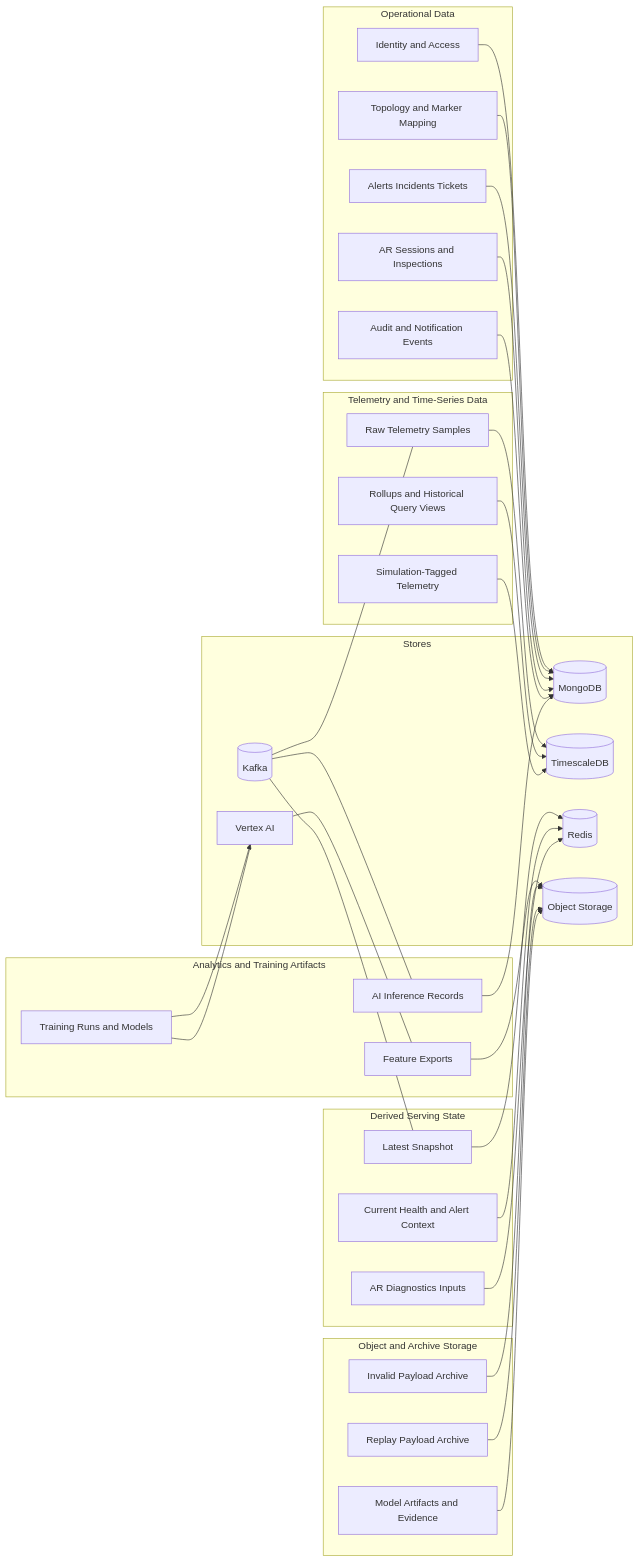
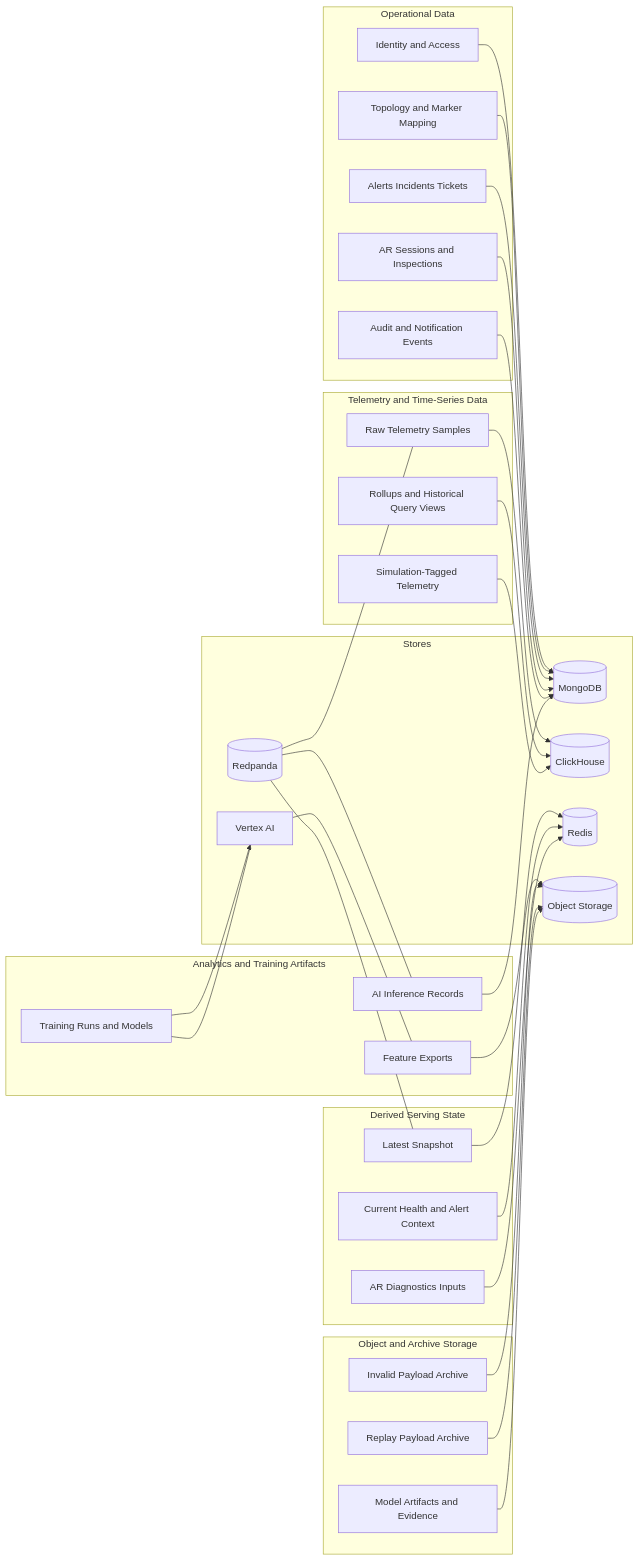
Before and after one commit to iSenity1812/AR-based-Infrastructure-Monitoring-and-Maintenance-System: the diagram in docs/data_architecture.md, drawn with Mermaid. The commit also changed other lines of this file and 16 other files, not shown here.

````diff
--- a/docs/data_architecture.md
+++ b/docs/data_architecture.md
@@ -39,71 +39,71 @@
 ```mermaid
 flowchart LR
     subgraph Operational["Operational Data"]
         A1[Identity and Access]
         A2[Topology and Marker Mapping]
         A3[Alerts Incidents Tickets]
         A4[AR Sessions and Inspections]
         A5[Audit and Notification Events]
     end
 
     subgraph Telemetry["Telemetry and Time-Series Data"]
         B1[Raw Telemetry Samples]
         B2[Rollups and Historical Query Views]
         B3[Simulation-Tagged Telemetry]
     end
 
     subgraph Serving["Derived Serving State"]
         C1[Latest Snapshot]
         C2[Current Health and Alert Context]
         C3[AR Diagnostics Inputs]
     end
 
     subgraph Analytics["Analytics and Training Artifacts"]
         D1[AI Inference Records]
         D2[Feature Exports]
         D3[Training Runs and Models]
     end
 
     subgraph Archive["Object and Archive Storage"]
         E1[Invalid Payload Archive]
         E2[Replay Payload Archive]
         E3[Model Artifacts and Evidence]
     end
 
     subgraph Stores["Stores"]
         S1[(MongoDB)]
-        S2[(TimescaleDB)]
+        S2[(ClickHouse)]
         S3[(Redis)]
-        S4[(Kafka)]
+        S4[(Redpanda)]
         S5[(Object Storage)]
         S6[Vertex AI]
     end
 
     A1 --> S1
     A2 --> S1
     A3 --> S1
     A4 --> S1
     A5 --> S1
 
     B1 --> S2
     B2 --> S2
     B3 --> S2
 
     C1 --> S3
     C2 --> S3
     C3 --> S3
 
     D1 --> S1
     D2 --> S5
     D3 --> S6
 
     E1 --> S5
     E2 --> S5
     E3 --> S5
 
     S4 --- B1
     S4 --- C1
     S4 --- D1
     S6 --- D2
     S6 --- D3
 ```
````
